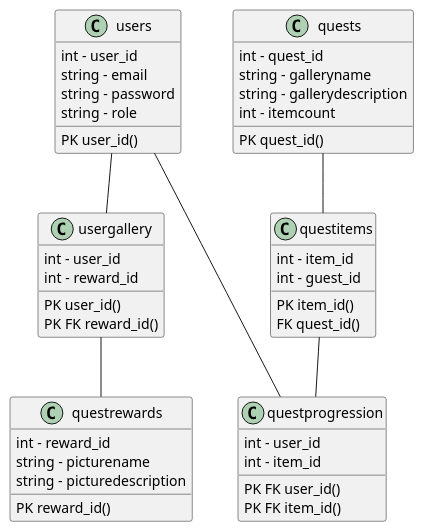
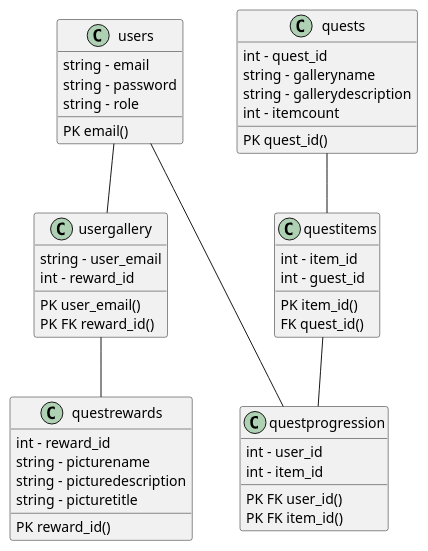
Before and after one commit to freebattie/ARtQuestServer: the diagram in db/UML/Database.puml, drawn with PlantUML. The commit also changed 1 other file, not shown here.

```diff
--- a/db/UML/Database.puml
+++ b/db/UML/Database.puml
@@ -1,58 +1,58 @@
 @startuml
 'https://plantuml.com/class-diagram
 
 users -- usergallery
 usergallery -- questrewards
 users --- questprogression
 
 quests -- questitems
 questitems -- questprogression
 
 
 class users {
-    int - user_id
     string - email
     string - password
     string - role
-    PK user_id()
+    PK email()
 }
 
 class usergallery {
-    int - user_id
+    string - user_email
     int - reward_id
 
-    PK user_id()
+    PK user_email()
     PK FK reward_id()
 }
 
 class quests {
     int - quest_id
     string - galleryname
     string - gallerydescription
     int - itemcount
     PK quest_id()
 }
 
 class questrewards {
     int - reward_id
     string - picturename
     string - picturedescription
+    string - picturetitle
     PK reward_id()
 }
 
 class questitems {
     int - item_id
     int - guest_id
 
     PK item_id()
     FK quest_id()
 }
 
 class questprogression {
     int - user_id
     int - item_id
     PK FK user_id()
     PK FK item_id()
 }
 
 @enduml
```
